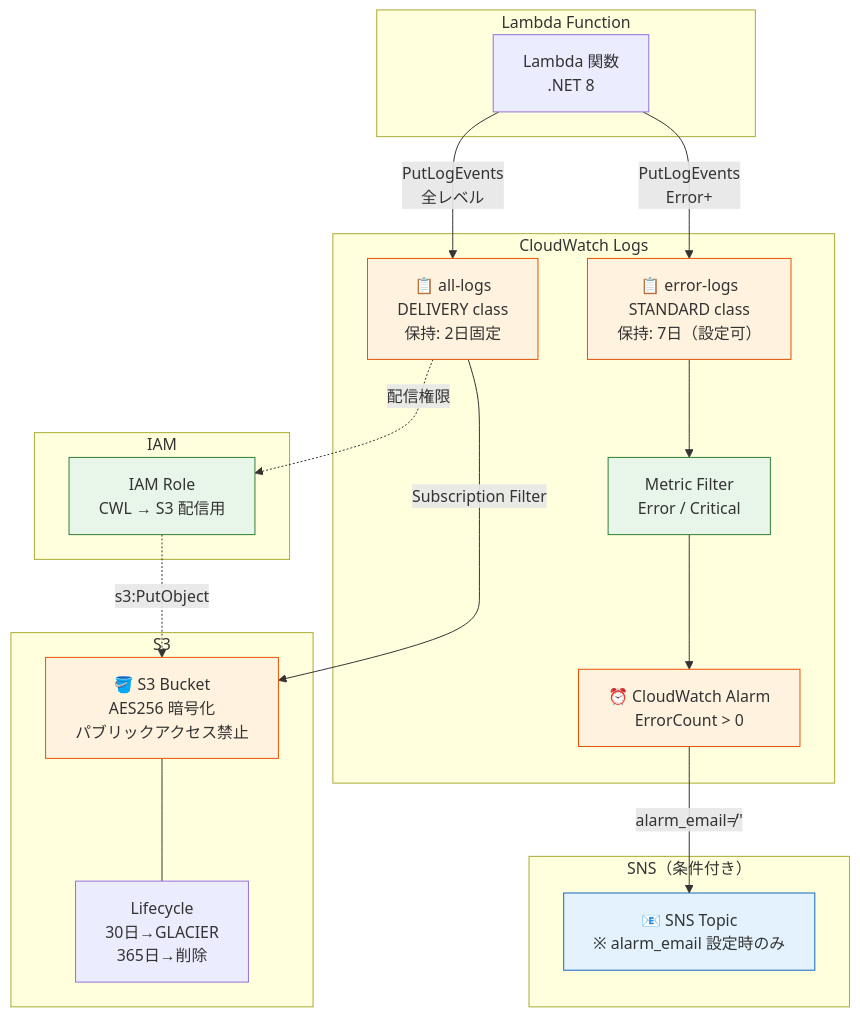
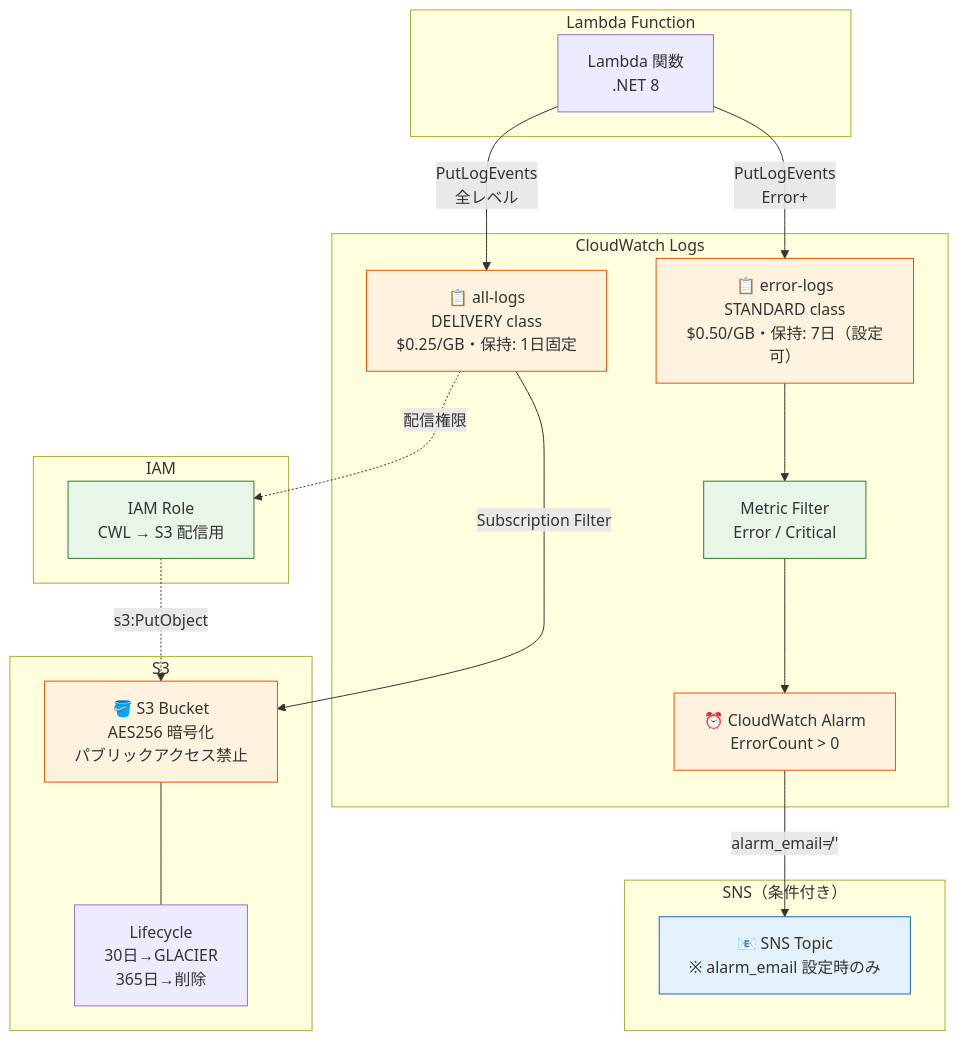
The diagram in README.md (NagasakaH/dotnet-lambda-log-base), drawn with Mermaid before and after one commit. The commit also changed other lines of this file, not shown here.

First line of the commit message:
docs: CloudWatch Logs DELIVERY/STANDARD クラスの料金差異を修正

````diff
--- a/README.md
+++ b/README.md
@@ -41,44 +41,44 @@
 ```mermaid
 graph TB
     subgraph Lambda["Lambda Function"]
         FN["Lambda 関数<br/>.NET 8"]
     end
 
     subgraph CloudWatch["CloudWatch Logs"]
-        ALG["📋 all-logs<br/>DELIVERY class<br/>保持: 2日固定"]
-        ELG["📋 error-logs<br/>STANDARD class<br/>保持: 7日（設定可）"]
+        ALG["📋 all-logs<br/>DELIVERY class<br/>$0.25/GB・保持: 1日固定"]
+        ELG["📋 error-logs<br/>STANDARD class<br/>$0.50/GB・保持: 7日（設定可）"]
         MF["Metric Filter<br/>Error / Critical"]
         ALM["⏰ CloudWatch Alarm<br/>ErrorCount > 0"]
     end
 
     subgraph Storage["S3"]
         S3["🪣 S3 Bucket<br/>AES256 暗号化<br/>パブリックアクセス禁止"]
         LC["Lifecycle<br/>30日→GLACIER<br/>365日→削除"]
     end
 
     subgraph Notification["SNS（条件付き）"]
         SNS["📧 SNS Topic<br/>※ alarm_email 設定時のみ"]
     end
 
     subgraph IAM["IAM"]
         ROLE["IAM Role<br/>CWL → S3 配信用"]
     end
 
     FN -->|"PutLogEvents<br/>全レベル"| ALG
     FN -->|"PutLogEvents<br/>Error+"| ELG
     ALG -->|"Subscription Filter"| S3
     ALG -.->|"配信権限"| ROLE
     ROLE -.->|"s3:PutObject"| S3
     S3 --- LC
     ELG --> MF
     MF --> ALM
     ALM -->|"alarm_email≠''"| SNS
 
     classDef billing fill:#fff3e0,stroke:#e65100
     classDef free fill:#e8f5e9,stroke:#2e7d32
     classDef conditional fill:#e3f2fd,stroke:#1565c0
 
     class ALG,ELG,S3,ALM billing
     class MF,ROLE free
     class SNS conditional
 ```
````
